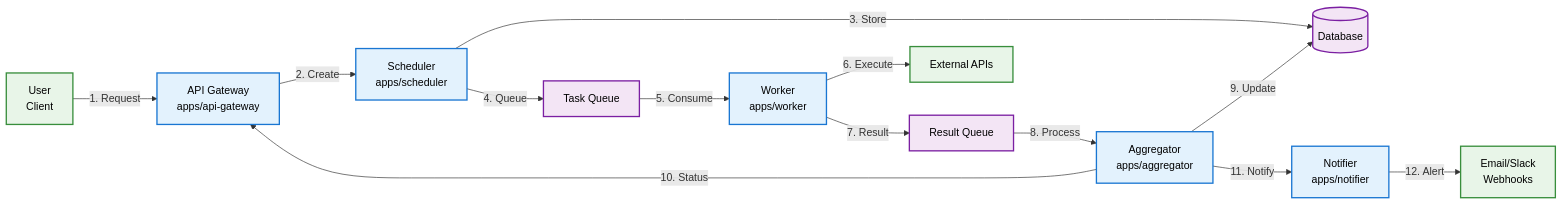
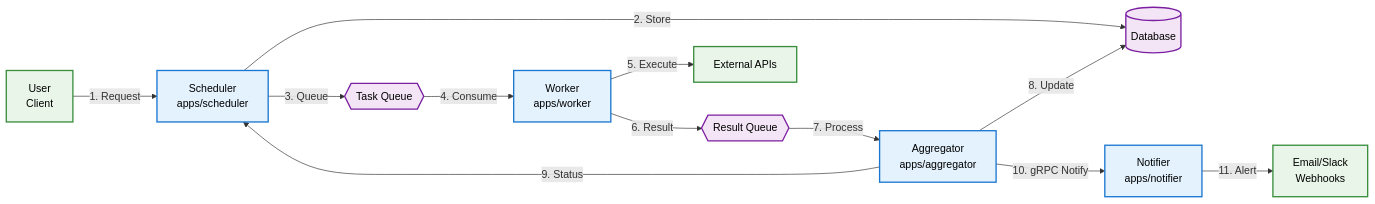
The first of 2 diagrams in README.md (Hhacel/TaskFlow), drawn with Mermaid before and after one commit. The commit also changed other lines of this file and 15 other files, not shown here.

````diff
--- a/README.md
+++ b/README.md
@@ -14,49 +14,47 @@
 ```mermaid
 flowchart LR
     %% Row 1: User Input
     User["User<br/>Client"] 
     
-    %% Row 2: Gateway
-    GW["API Gateway<br/>apps/api-gateway"]
+    %% Row 2: Scheduler
+    SCH["Scheduler<br/>apps/scheduler"]
     
     %% Row 3: Core Services (horizontal alignment)
-    SCH["Scheduler<br/>apps/scheduler"]
     AGG["Aggregator<br/>apps/aggregator"]
     NOT["Notifier<br/>apps/notifier"]
     
     %% Row 4: Worker
     WRK["Worker<br/>apps/worker"]
     
     %% Row 5: External
     External["External APIs"]
     Email["Email/Slack<br/>Webhooks"]
     
     %% Data Layer (bottom row)
     DB[("Database")]
-    MQ_Task["Task Queue"]
-    MQ_Result["Result Queue"]
+    MQ_Task{{"Task Queue"}}
+    MQ_Result{{"Result Queue"}}
 
     %% Main Flow (numbered for clarity)
-    User -->|"1. Request"| GW
-    GW -->|"2. Create"| SCH
-    SCH -->|"3. Store"| DB
-    SCH -->|"4. Queue"| MQ_Task
-    MQ_Task -->|"5. Consume"| WRK
-    WRK -->|"6. Execute"| External
-    WRK -->|"7. Result"| MQ_Result
-    MQ_Result -->|"8. Process"| AGG
-    AGG -->|"9. Update"| DB
-    AGG -->|"10. Status"| GW
-    AGG -->|"11. Notify"| NOT
-    NOT -->|"12. Alert"| Email
+    User -->|"1. Request"| SCH
+    SCH -->|"2. Store"| DB
+    SCH -->|"3. Queue"| MQ_Task
+    MQ_Task -->|"4. Consume"| WRK
+    WRK -->|"5. Execute"| External
+    WRK -->|"6. Result"| MQ_Result
+    MQ_Result -->|"7. Process"| AGG
+    AGG -->|"8. Update"| DB
+    AGG -->|"9. Status"| SCH
+    AGG -->|"10. gRPC Notify"| NOT
+    NOT -->|"11. Alert"| Email
 
     %% Styling
     classDef service fill:#e3f2fd,stroke:#1976d2,stroke-width:2px,color:#000000
     classDef data fill:#f3e5f5,stroke:#7b1fa2,stroke-width:2px,color:#000000
     classDef external fill:#e8f5e8,stroke:#388e3c,stroke-width:2px,color:#000000
     classDef support fill:#fff3e0,stroke:#f57c00,stroke-width:2px,color:#000000
     
-    class GW,SCH,AGG,NOT,WRK service
+    class SCH,AGG,NOT,WRK service
     class DB,MQ_Task,MQ_Result data
     class User,External,Email external
 ```
````
